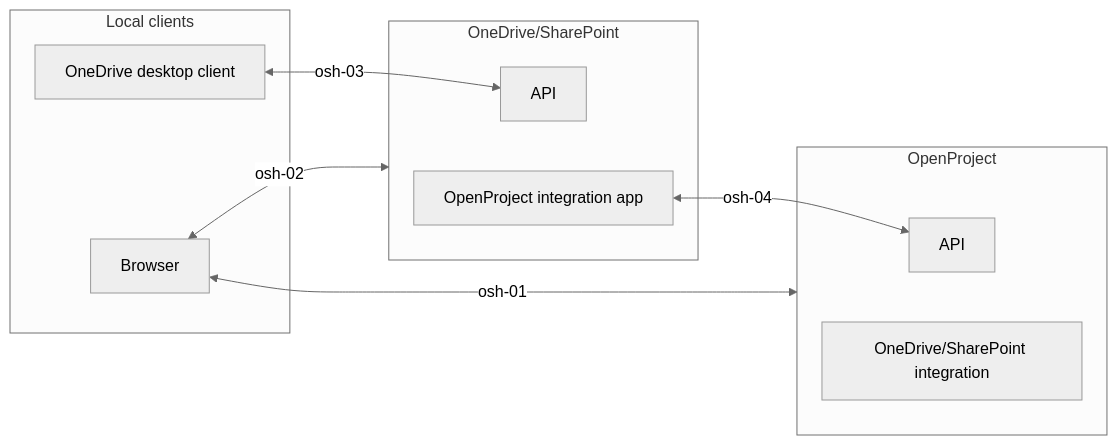
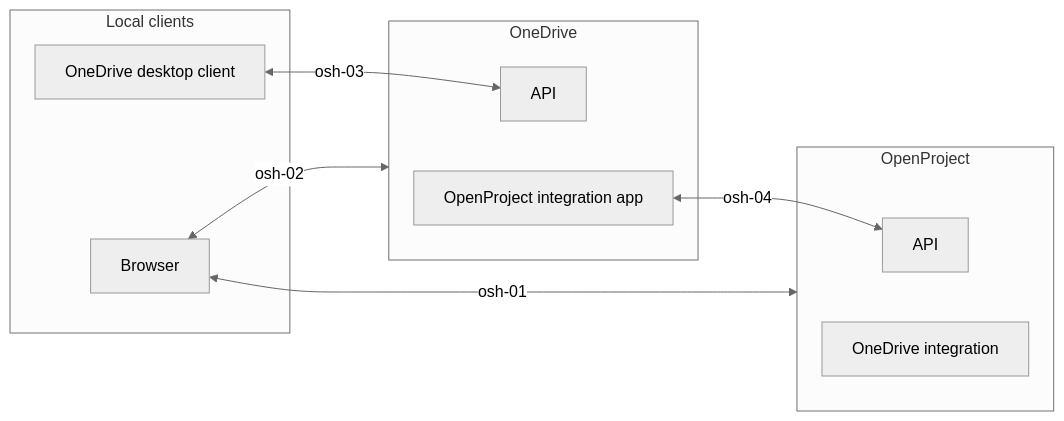
One commit to franciscoxavier04/pm-BIM changed the sixth of 9 diagrams in docs/security-and-privacy/processing-of-personal-data/README.md. Above: the diagram before and after it, drawn with Mermaid. The commit also changed other lines of this file and 13 other files, not shown here.

````diff
--- a/docs/security-and-privacy/processing-of-personal-data/README.md
+++ b/docs/security-and-privacy/processing-of-personal-data/README.md
@@ -513,24 +518,24 @@
 ```mermaid
 %%{init: {'theme':'neutral'}}%%
 flowchart LR
   Browser <--> |osh-01| openproject
   Browser <-->|osh-02| onedrive
   onedrivedesktopclient[Nextcloud desktop client] <-->|osh-03| onedriveapi
   appopenprojectintegration <-->|osh-04| openprojectapi
 
   subgraph local[Local clients]
    Browser
    onedrivedesktopclient[OneDrive desktop client]
    end
 
 subgraph openproject[OpenProject]
 
-   oponedrivetegration[OneDrive/SharePoint integration]
+   oponedrivetegration[OneDrive integration]
    openprojectapi[API]
     end
 
-  subgraph onedrive[OneDrive/SharePoint]
+  subgraph onedrive[OneDrive]
    appopenprojectintegration[OpenProject integration app]
    onedriveapi[API]
  end
 ```
````
